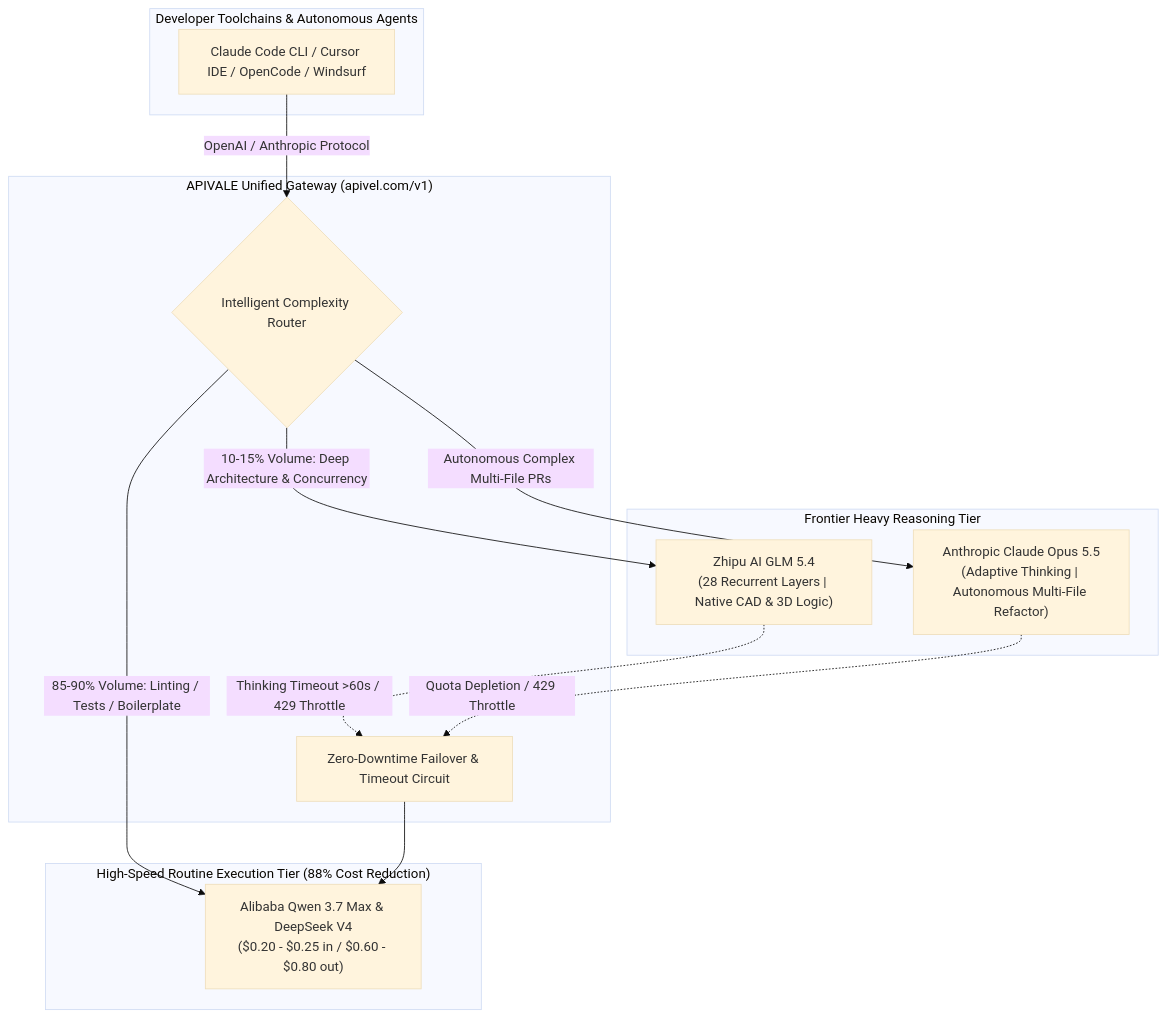
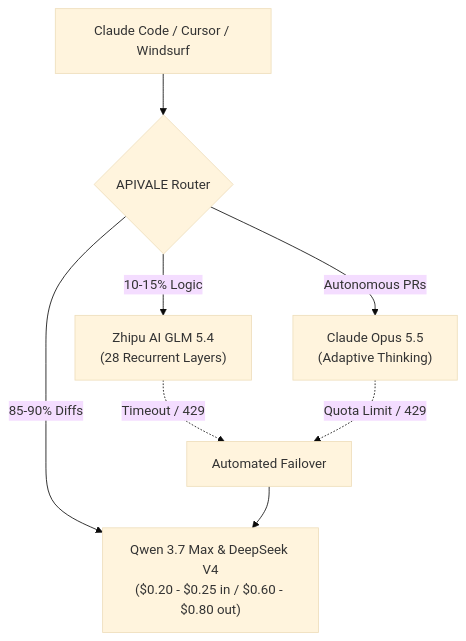
The diagram in src/content/blog/glm-5-4-vs-claude-opus-5-5-benchmarks.md (bshx2024/apivel_blog), drawn with Mermaid (base theme) before and after one commit. The commit also changed other lines of this file, not shown here.

````diff
--- a/src/content/blog/glm-5-4-vs-claude-opus-5-5-benchmarks.md
+++ b/src/content/blog/glm-5-4-vs-claude-opus-5-5-benchmarks.md
@@ -39,28 +39,10 @@
 ```mermaid
 flowchart TD
-    subgraph Client["Developer Toolchains & Autonomous Agents"]
-        Agent["Claude Code CLI / Cursor IDE / OpenCode / Windsurf"]
-    end
-
-    subgraph APIVALE_Gateway["APIVALE Unified Gateway (apivel.com/v1)"]
-        Router{"Intelligent Complexity Router"}
-        Failover["Zero-Downtime Failover & Timeout Circuit"]
-    end
-
-    subgraph Frontier_Specialists["Frontier Heavy Reasoning Tier"]
-        GLM54["Zhipu AI GLM 5.4\n(28 Recurrent Layers | Native CAD & 3D Logic)"]
-        Opus["Anthropic Claude Opus 5.5\n(Adaptive Thinking | Autonomous Multi-File Refactor)"]
-    end
-
-    subgraph High_Throughput["High-Speed Routine Execution Tier (88% Cost Reduction)"]
-        Workhorse["Alibaba Qwen 3.7 Max & DeepSeek V4\n($0.20 - $0.25 in / $0.60 - $0.80 out)"]
-    end
-
-    Agent -->|OpenAI / Anthropic Protocol| Router
-    Router -->|85-90% Volume: Linting / Tests / Boilerplate| Workhorse
-    Router -->|10-15% Volume: Deep Architecture & Concurrency| GLM54
-    Router -->|Autonomous Complex Multi-File PRs| Opus
-    GLM54 -.->|Thinking Timeout >60s / 429 Throttle| Failover
-    Opus -.->|Quota Depletion / 429 Throttle| Failover
+    Agent["Claude Code / Cursor / Windsurf"] --> Router{"APIVALE Router"}
+    Router -->|85-90% Diffs| Workhorse["Qwen 3.7 Max & DeepSeek V4\n($0.20 - $0.25 in / $0.60 - $0.80 out)"]
+    Router -->|10-15% Logic| GLM54["Zhipu AI GLM 5.4\n(28 Recurrent Layers)"]
+    Router -->|Autonomous PRs| Opus["Claude Opus 5.5\n(Adaptive Thinking)"]
+    GLM54 -.->|Timeout / 429| Failover["Automated Failover"]
+    Opus -.->|Quota Limit / 429| Failover
     Failover --> Workhorse
 ```
````
